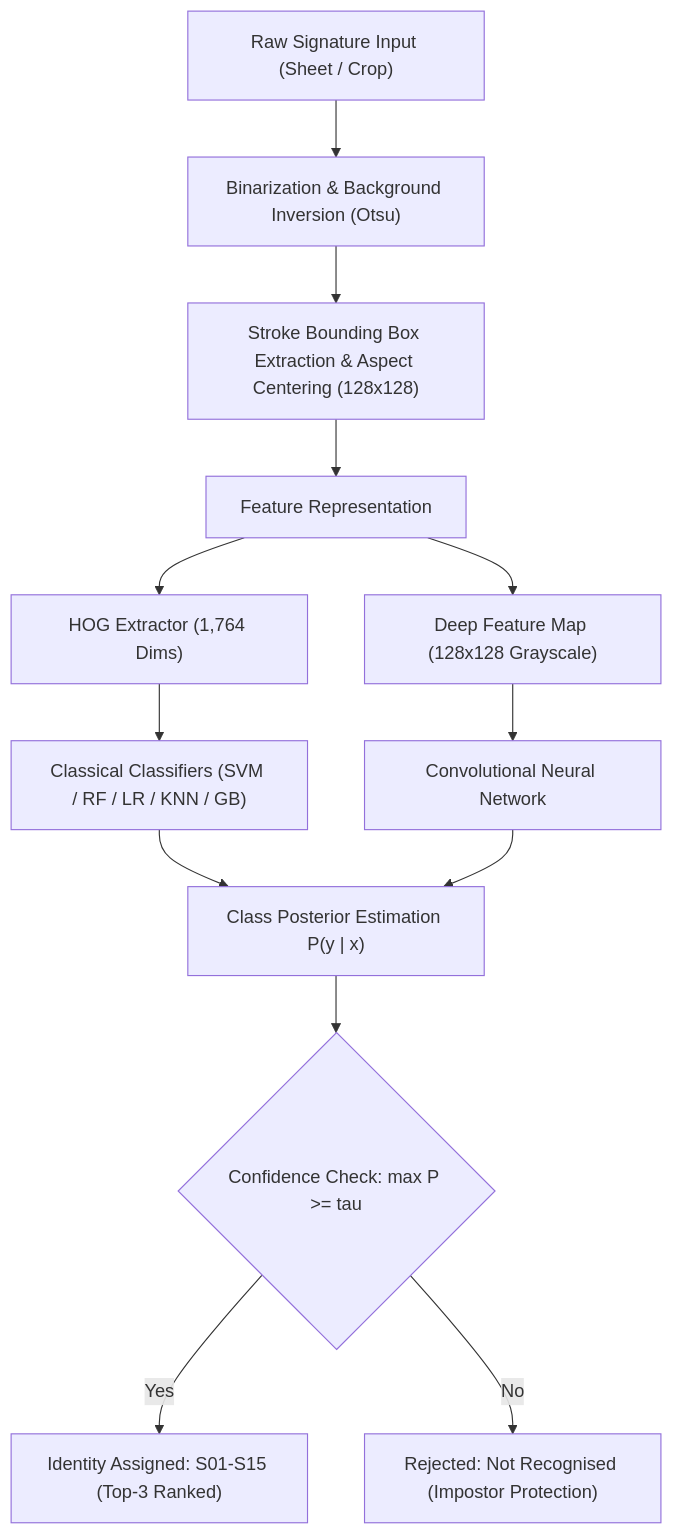
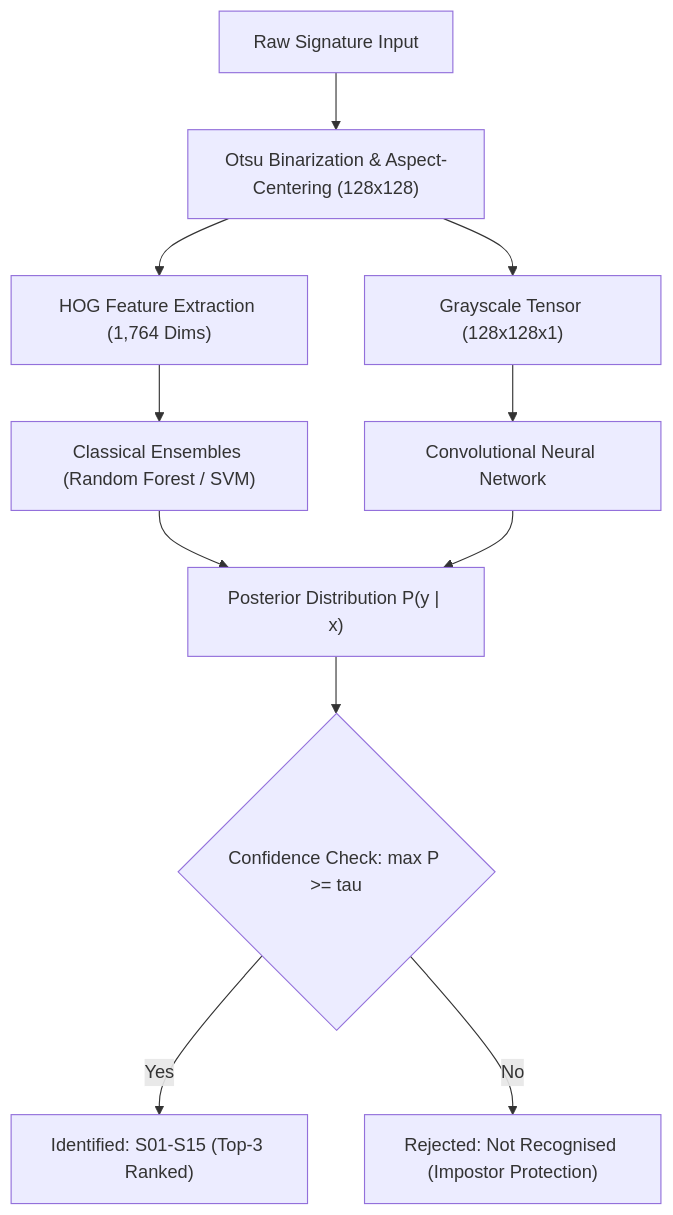
Before and after one commit to AdityaWagh19/SignID-ML: the diagram in README.md, drawn with Mermaid. The commit also changed other lines of this file and 3 other files, not shown here.

````diff
--- a/README.md
+++ b/README.md
@@ -51,15 +15,13 @@
 ```mermaid
 flowchart TD
-    A["Raw Signature Input (Sheet / Crop)"] --> B["Binarization & Background Inversion (Otsu)"]
-    B --> C["Stroke Bounding Box Extraction & Aspect Centering (128x128)"]
-    C --> D["Feature Representation"]
-    D --> E["HOG Extractor (1,764 Dims)"]
-    D --> F["Deep Feature Map (128x128 Grayscale)"]
-    E --> G["Classical Classifiers (SVM / RF / LR / KNN / GB)"]
-    F --> H["Convolutional Neural Network"]
-    G --> I["Class Posterior Estimation P(y | x)"]
-    H --> I
-    I --> J{"Confidence Check: max P >= tau"}
-    J -- "Yes" --> K["Identity Assigned: S01-S15 (Top-3 Ranked)"]
-    J -- "No" --> L["Rejected: Not Recognised (Impostor Protection)"]
+    A["Raw Signature Input"] --> B["Otsu Binarization & Aspect-Centering (128x128)"]
+    B --> C["HOG Feature Extraction (1,764 Dims)"]
+    B --> D["Grayscale Tensor (128x128x1)"]
+    C --> E["Classical Ensembles (Random Forest / SVM)"]
+    D --> F["Convolutional Neural Network"]
+    E --> G["Posterior Distribution P(y | x)"]
+    F --> G
+    G --> H{"Confidence Check: max P >= tau"}
+    H -- "Yes" --> I["Identified: S01-S15 (Top-3 Ranked)"]
+    H -- "No" --> J["Rejected: Not Recognised (Impostor Protection)"]
 ```
````
